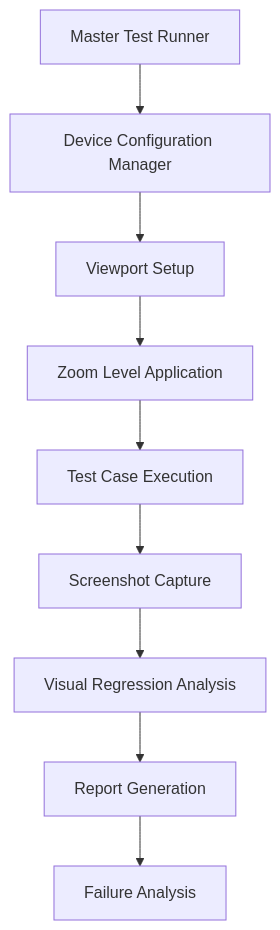
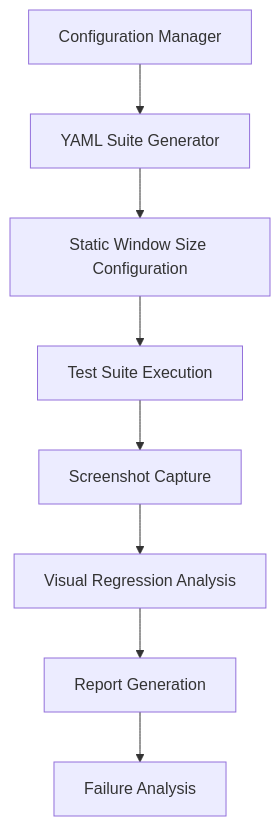
One commit to JohnDeeBDD/AI_Style changed the diagram in tests/multi-device-zoom-testing-plan.md. Above: the diagram before and after it, drawn with Mermaid. The commit also changed other lines of this file and 28 other files, not shown here.

First line of the commit message:
Update test suite and documentation

````diff
--- a/tests/multi-device-zoom-testing-plan.md
+++ b/tests/multi-device-zoom-testing-plan.md
@@ -91,11 +79,10 @@
 ```mermaid
 graph TD
-    A[Master Test Runner] --> B[Device Configuration Manager]
-    B --> C[Viewport Setup]
-    C --> D[Zoom Level Application]
-    D --> E[Test Case Execution]
-    E --> F[Screenshot Capture]
-    F --> G[Visual Regression Analysis]
-    G --> H[Report Generation]
-    H --> I[Failure Analysis]
+    A[Configuration Manager] --> B[YAML Suite Generator]
+    B --> C[Static Window Size Configuration]
+    C --> D[Test Suite Execution]
+    D --> E[Screenshot Capture]
+    E --> F[Visual Regression Analysis]
+    F --> G[Report Generation]
+    G --> H[Failure Analysis]
 ```
````
